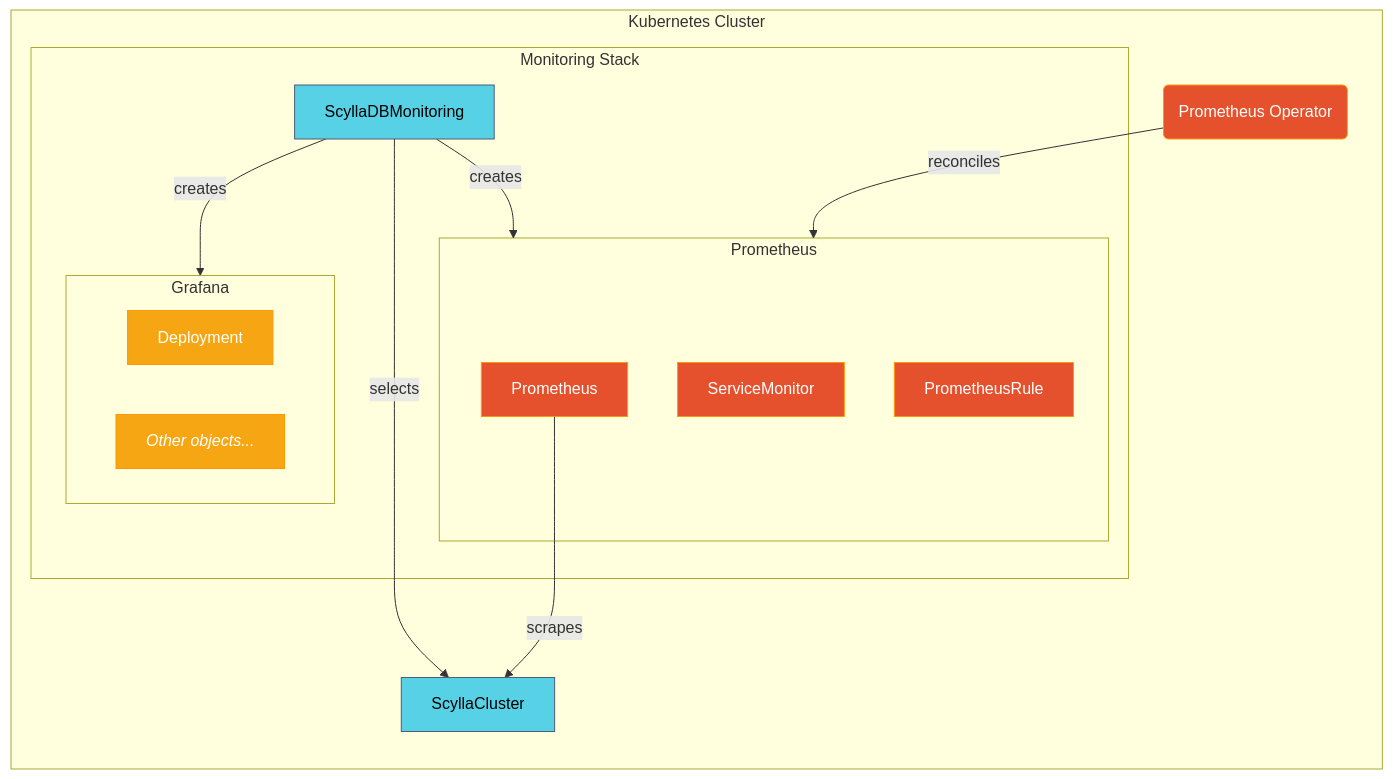
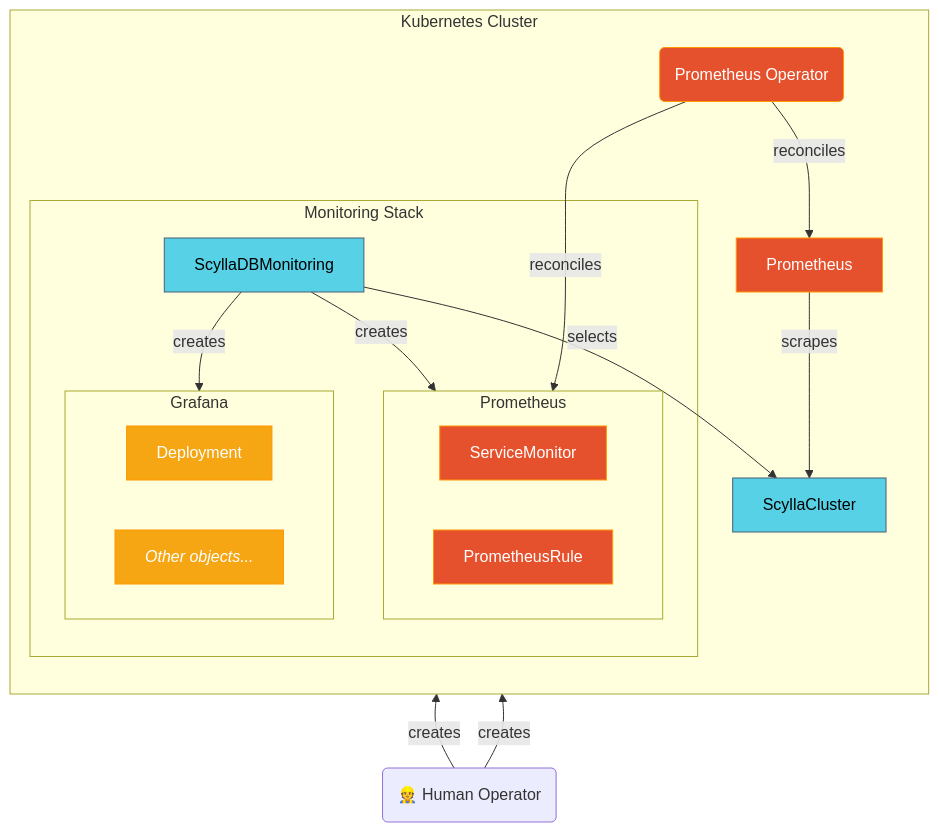
Before and after one commit to scylladb/scylla-operator: the diagram in docs/source/management/monitoring/diagrams/monitoring-overview.mmd, drawn with Mermaid.

Commit message:
Adjusts monitoring diagram to external Prometheus

```diff
--- a/docs/source/management/monitoring/diagrams/monitoring-overview.mmd
+++ b/docs/source/management/monitoring/diagrams/monitoring-overview.mmd
@@ -1,63 +1,69 @@
 :::{mermaid}
 flowchart BT
 
 %% Styles
 classDef scyllaVibe fill:#57d1e5,stroke:#4f5d75,color:#000;
 classDef prometheusVibe fill:#e6512d,stroke:#ff9800,color:#fff;
 classDef grafanaVibe fill:#f5a612,stroke:#ff9800,color:#fff;
 
 %% Nodes
 SC[ScyllaCluster]
 class SC scyllaVibe
 
 SDM[ScyllaDBMonitoring]
 class SDM scyllaVibe
 
 Prometheus
 class Prometheus prometheusVibe
 
 GrafanaDeployment
 class GrafanaDeployment grafanaVibe
 
 ServiceMonitor
 class ServiceMonitor prometheusVibe
 
 PrometheusRule
 class PrometheusRule prometheusVibe
 
 OtherGrafanaResources
 class OtherGrafanaResources grafanaVibe
 
 PrometheusOperator(Prometheus Operator)
 class PrometheusOperator prometheusVibe
 
+Operator(👷 Human Operator)
+
 %% Grouping
 subgraph K8sCluster[Kubernetes Cluster]
-    direction TB
-    MS
-    SC
-    PrometheusOperator
+direction TB
+MS
+SC
+PrometheusOperator
+Prometheus
 end
 subgraph MS[Monitoring Stack]
-    SDM
-    subgraph PrometheusStack[Prometheus]
-        ServiceMonitor
-        PrometheusRule
-        Prometheus["Prometheus"]
-    end
+SDM
+subgraph PrometheusStack[Prometheus]
+ServiceMonitor
+PrometheusRule
+end
 
-    subgraph GrafanaStack[Grafana]
-        direction LR
-        GrafanaDeployment[Deployment]
-        OtherGrafanaResources["`_Other objects..._`"]
-    end
+subgraph GrafanaStack[Grafana]
+direction LR
+GrafanaDeployment[Deployment]
+OtherGrafanaResources["`_Other objects..._`"]
+end
 end
 
 %% Relationships between nodes
 SDM -->|selects| SC
 SDM -->|creates| PrometheusStack
 SDM -->|creates| GrafanaStack
 Prometheus -->|scrapes| SC
 
+Operator -->|creates| Prometheus
+Operator -->|creates| SDM
+
 PrometheusOperator -->|reconciles| PrometheusStack
+PrometheusOperator -->|reconciles| Prometheus
 :::
```
